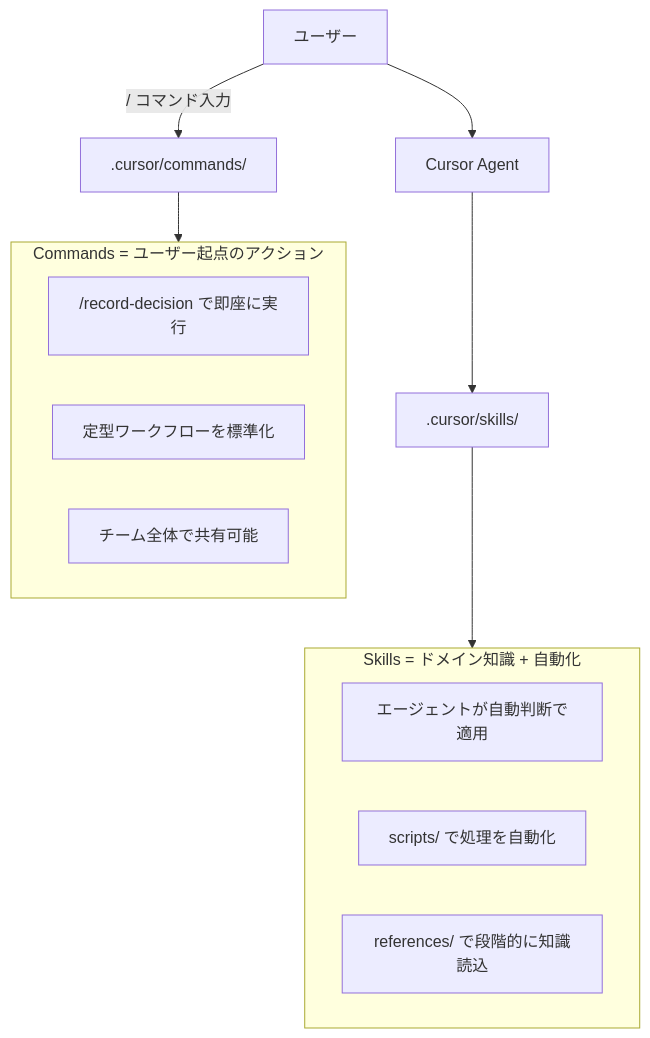
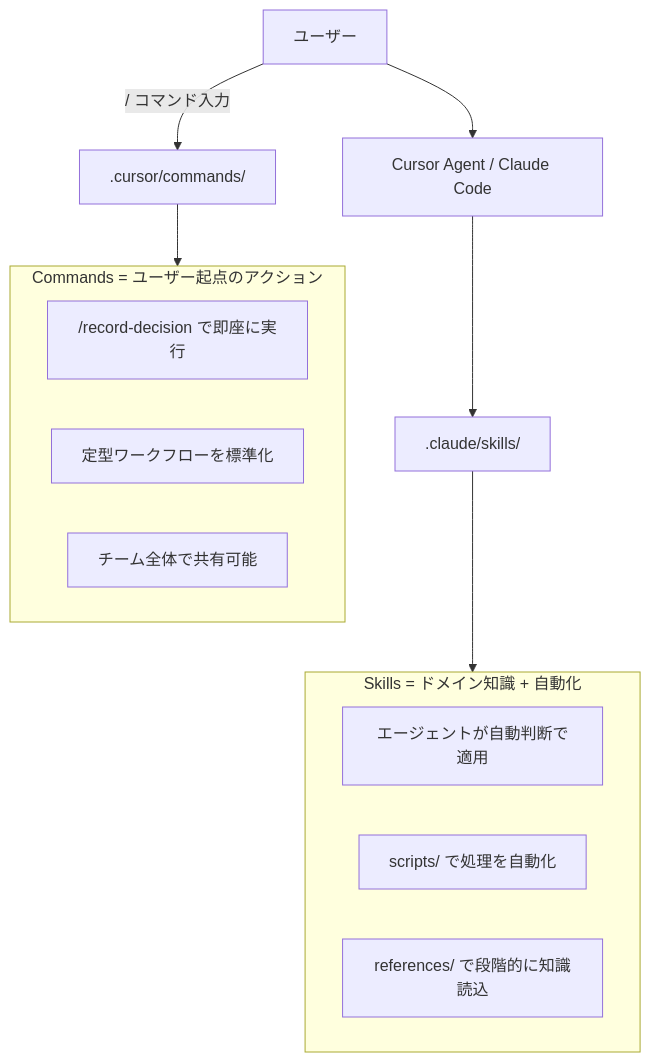
Before and after one commit to shioki/Cursor-Knowledge-Management-System: the diagram in README.md, drawn with Mermaid. The commit also changed other lines of this file and 42 other files, not shown here.

First line of the commit message:
v4.0.0: Cursor + Claude Code 共用化

````diff
--- a/README.md
+++ b/README.md
@@ -78,22 +92,22 @@
 ```mermaid
 graph TB
-    User[ユーザー] --> Agent[Cursor Agent]
+    User[ユーザー] --> Agent[Cursor Agent / Claude Code]
 
-    Agent --> Skills[".cursor/skills/"]
+    Agent --> Skills[".claude/skills/"]
     User -->|"/ コマンド入力"| Commands[".cursor/commands/"]
 
     subgraph skillsArea ["Skills = ドメイン知識 + 自動化"]
         S1["エージェントが自動判断で適用"]
         S2["scripts/ で処理を自動化"]
         S3["references/ で段階的に知識読込"]
     end
 
     subgraph commandsArea ["Commands = ユーザー起点のアクション"]
         C1["/record-decision で即座に実行"]
         C2["定型ワークフローを標準化"]
         C3["チーム全体で共有可能"]
     end
 
     Skills --> skillsArea
     Commands --> commandsArea
 ```
````
